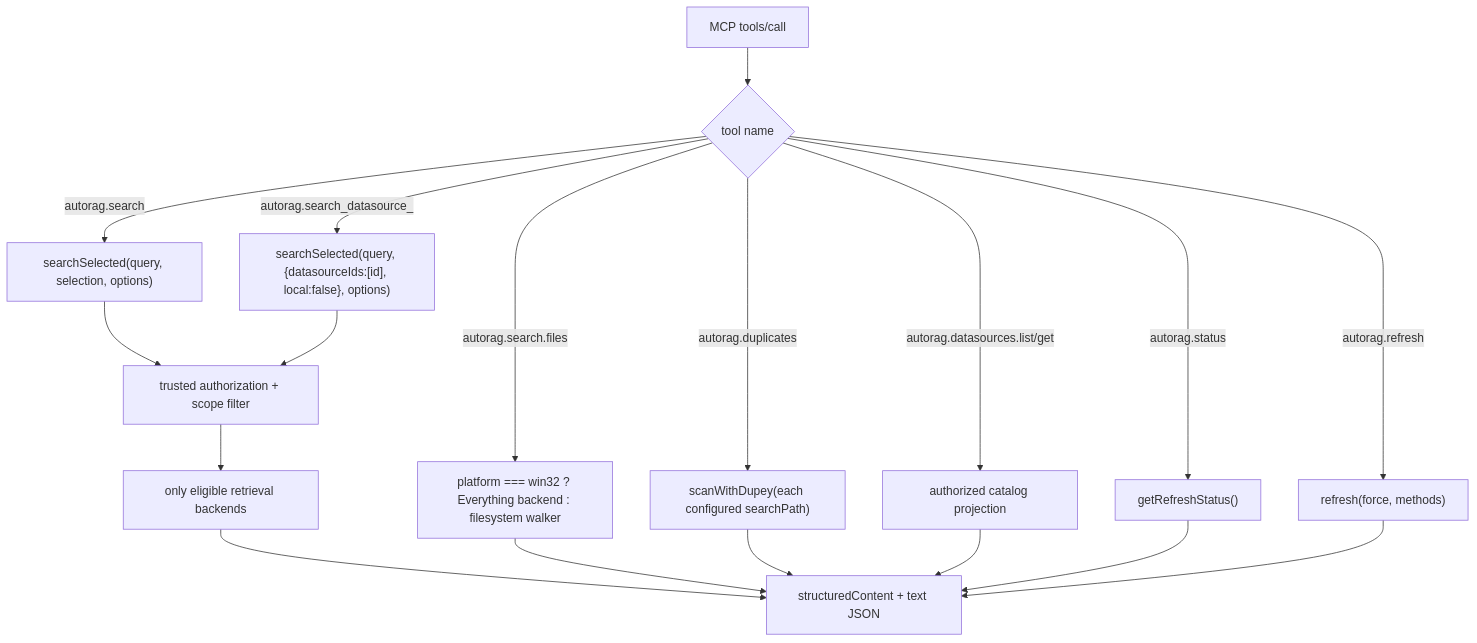
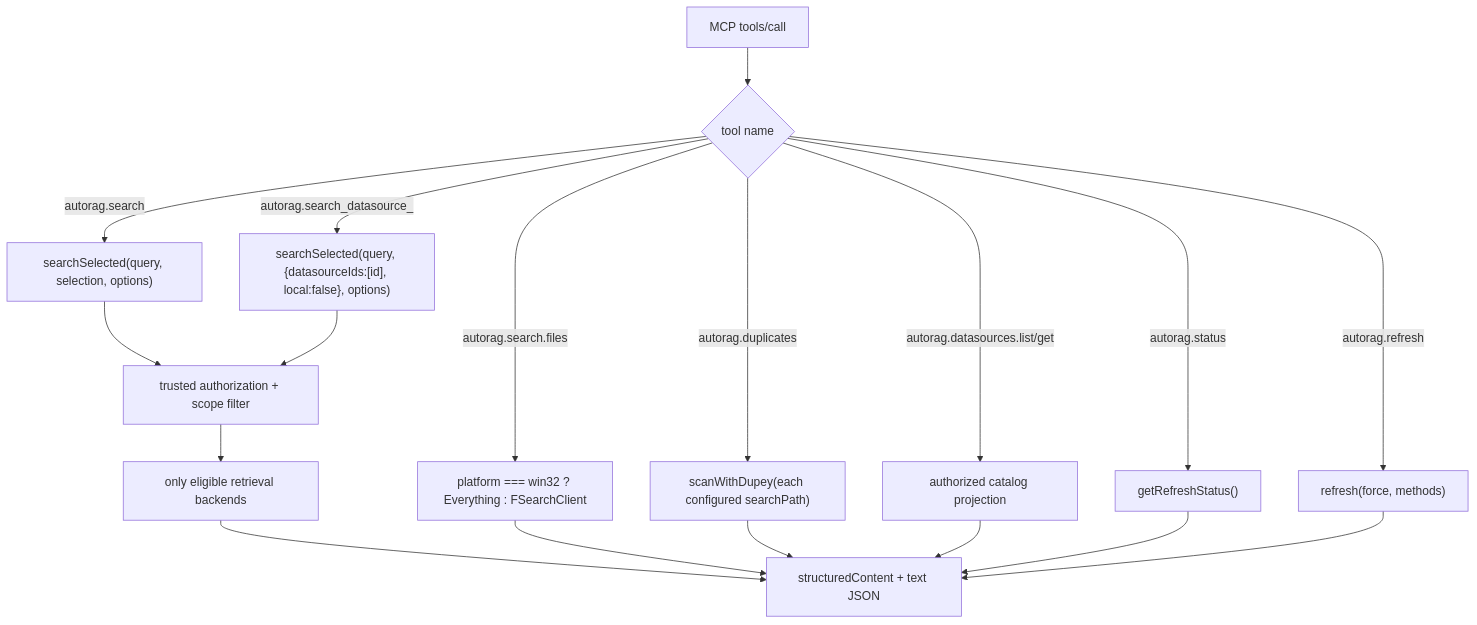
One commit to Marker-Inc-Korea/AutoRAG changed the third of 7 diagrams in docs/autorag-lite-mcp-contract.md. Above: the diagram before and after it, drawn with Mermaid. The commit also changed other lines of this file and 10 other files, not shown here.

Commit message:
fix(mcp): use FSearch for POSIX file search

````diff
--- a/docs/autorag-lite-mcp-contract.md
+++ b/docs/autorag-lite-mcp-contract.md
@@ -106,21 +106,21 @@
 ```mermaid
 flowchart TD
     CALL["MCP tools/call"] --> NAME{"tool name"}
     NAME -->|"autorag.search"| SEARCH["searchSelected(query, selection, options)"]
     NAME -->|"autorag.search_datasource_<id>"| ONE["searchSelected(query, {datasourceIds:[id], local:false}, options)"]
-    NAME -->|"autorag.search.files"| FILE["platform === win32 ? Everything backend : filesystem walker"]
+    NAME -->|"autorag.search.files"| FILE["platform === win32 ? Everything : FSearchClient"]
     NAME -->|"autorag.duplicates"| DUPEY["scanWithDupey(each configured searchPath)"]
     NAME -->|"autorag.datasources.list/get"| CATALOG["authorized catalog projection"]
     NAME -->|"autorag.status"| STATUS["getRefreshStatus()"]
     NAME -->|"autorag.refresh"| REFRESH["refresh(force, methods)"]
 
     SEARCH --> AUTH["trusted authorization + scope filter"]
     ONE --> AUTH
     AUTH --> BACKENDS["only eligible retrieval backends"]
     BACKENDS --> RESULT["structuredContent + text JSON"]
     FILE --> RESULT
     DUPEY --> RESULT
     CATALOG --> RESULT
     STATUS --> RESULT
     REFRESH --> RESULT
 ```
````
